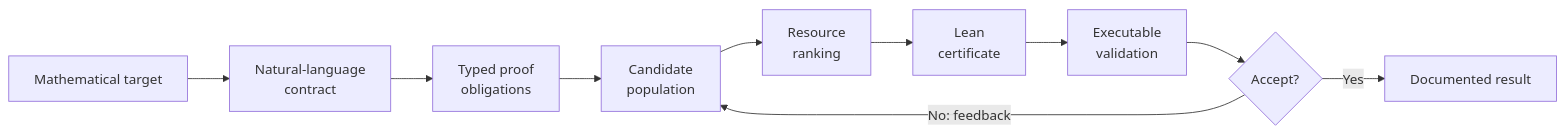
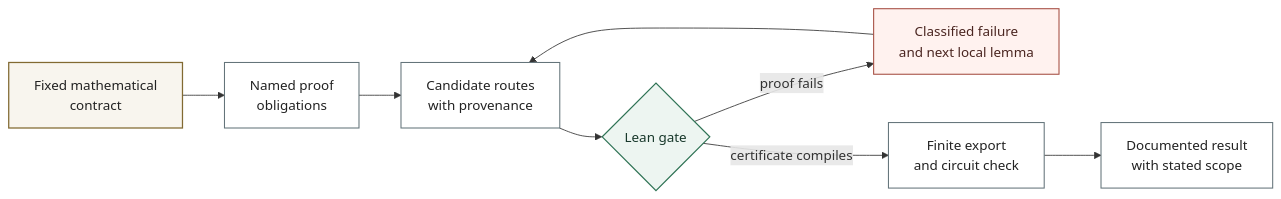
The diagram in website/diagrams/certificate-pipeline.mmd (DakeBU/Quantum-Computing-Block-Encoding), drawn with Mermaid before and after one commit. The commit also changed 9 other files, not shown here.

```diff
--- a/website/diagrams/certificate-pipeline.mmd
+++ b/website/diagrams/certificate-pipeline.mmd
@@ -1,10 +1,17 @@
 flowchart LR
-  M["Mathematical target"] --> C["Natural-language<br/>contract"]
-  C --> O["Typed proof<br/>obligations"]
-  O --> P["Candidate<br/>population"]
-  P --> R["Resource<br/>ranking"]
-  R --> L["Lean<br/>certificate"]
-  L --> X["Executable<br/>validation"]
-  X --> A{"Accept?"}
-  A -- "No: feedback" --> P
-  A -- "Yes" --> D["Documented result"]
+  C["Fixed mathematical<br/>contract"] --> O["Named proof<br/>obligations"]
+  O --> P["Candidate routes<br/>with provenance"]
+  P --> L{"Lean gate"}
+  L -- "proof fails" --> F["Classified failure<br/>and next local lemma"]
+  F --> P
+  L -- "certificate compiles" --> X["Finite export<br/>and circuit check"]
+  X --> D["Documented result<br/>with stated scope"]
+
+  classDef contract fill:#f8f5ee,stroke:#826a32,color:#222222,stroke-width:1.5px;
+  classDef process fill:#ffffff,stroke:#64747a,color:#222222,stroke-width:1.25px;
+  classDef gate fill:#edf5f1,stroke:#2f7355,color:#18382b,stroke-width:1.5px;
+  classDef feedback fill:#fff2ef,stroke:#a44b3f,color:#4a2520,stroke-width:1.25px;
+  class C contract;
+  class O,P,X,D process;
+  class L gate;
+  class F feedback;
```
